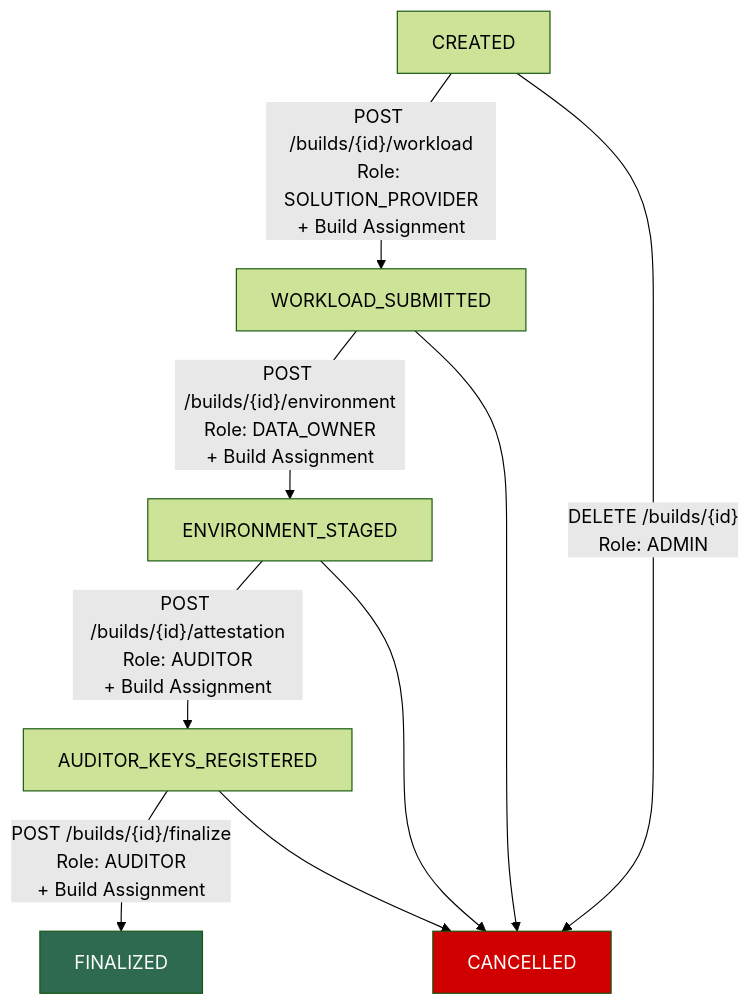
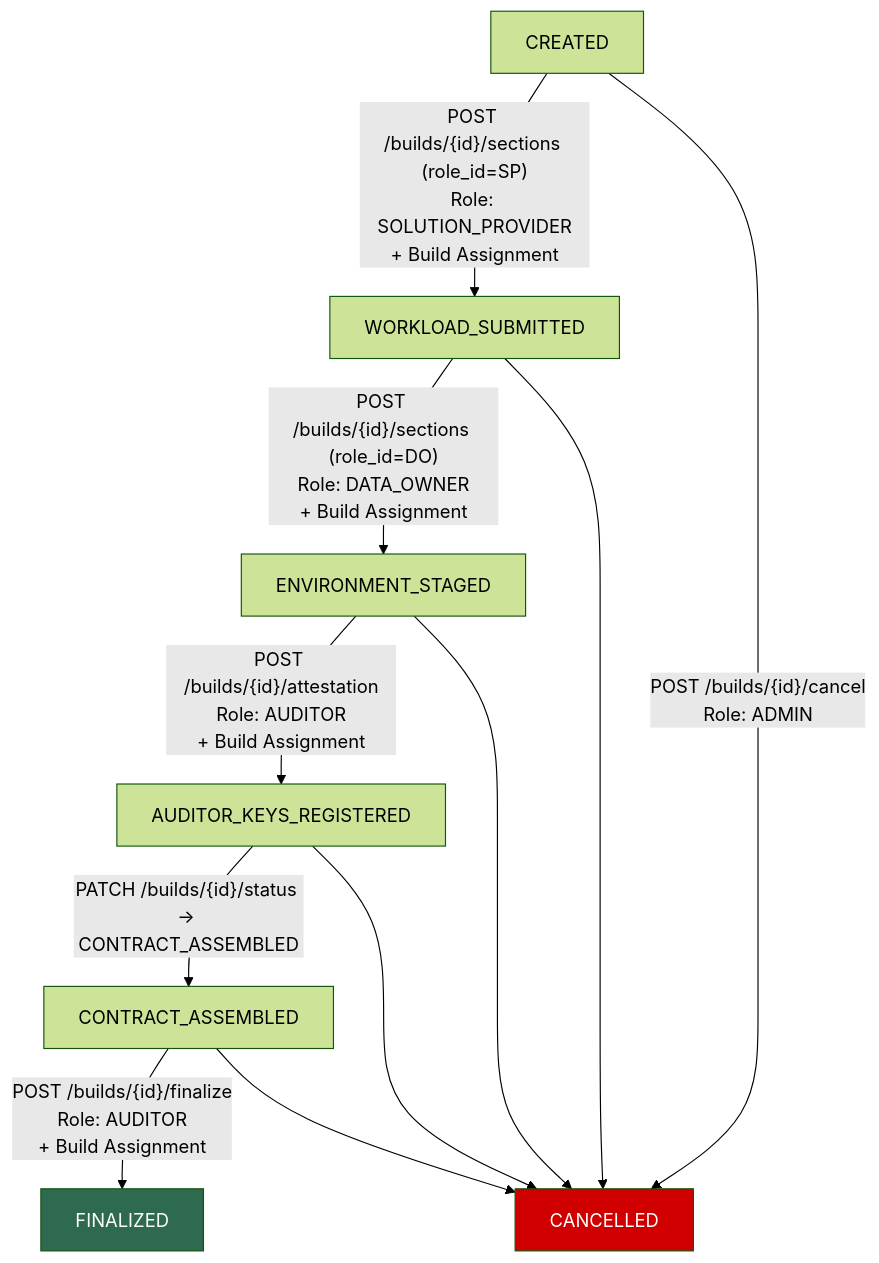
The second of 4 diagrams in Design/2-low-level-design.md (Sashwat-K/persona-based-contract-generator), drawn with Mermaid (forest theme) before and after one commit. The commit also changed other lines of this file and 6 other files, not shown here.

````diff
--- a/Design/2-low-level-design.md
+++ b/Design/2-low-level-design.md
@@ -460,15 +463,17 @@
 ```mermaid
 flowchart TD
-    A[CREATED] -->|"POST /builds/{id}/workload<br/>Role: SOLUTION_PROVIDER<br/>+ Build Assignment"| B[WORKLOAD_SUBMITTED]
-    B -->|"POST /builds/{id}/environment<br/>Role: DATA_OWNER<br/>+ Build Assignment"| C[ENVIRONMENT_STAGED]
+    A[CREATED] -->|"POST /builds/{id}/sections (role_id=SP)<br/>Role: SOLUTION_PROVIDER<br/>+ Build Assignment"| B[WORKLOAD_SUBMITTED]
+    B -->|"POST /builds/{id}/sections (role_id=DO)<br/>Role: DATA_OWNER<br/>+ Build Assignment"| C[ENVIRONMENT_STAGED]
     C -->|"POST /builds/{id}/attestation<br/>Role: AUDITOR<br/>+ Build Assignment"| D[AUDITOR_KEYS_REGISTERED]
-    D -->|"POST /builds/{id}/finalize<br/>Role: AUDITOR<br/>+ Build Assignment"| E[FINALIZED]
+    D -->|"PATCH /builds/{id}/status -> CONTRACT_ASSEMBLED"| E[CONTRACT_ASSEMBLED]
+    E -->|"POST /builds/{id}/finalize<br/>Role: AUDITOR<br/>+ Build Assignment"| G[FINALIZED]
 
-    A -->|"DELETE /builds/{id}<br/>Role: ADMIN"| F[CANCELLED]
+    A -->|"POST /builds/{id}/cancel<br/>Role: ADMIN"| F[CANCELLED]
     B --> F
     C --> F
     D --> F
+    E --> F
 
-    style E fill:#2d6a4f,color:#fff
+    style G fill:#2d6a4f,color:#fff
     style F fill:#d00000,color:#fff
 ```
````
